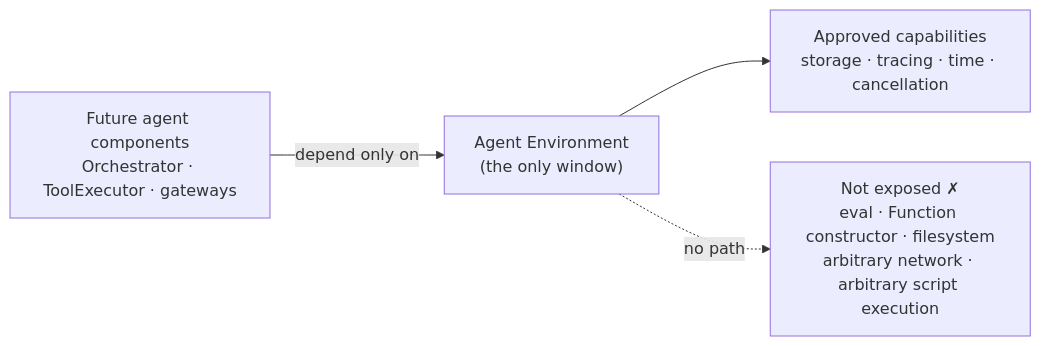
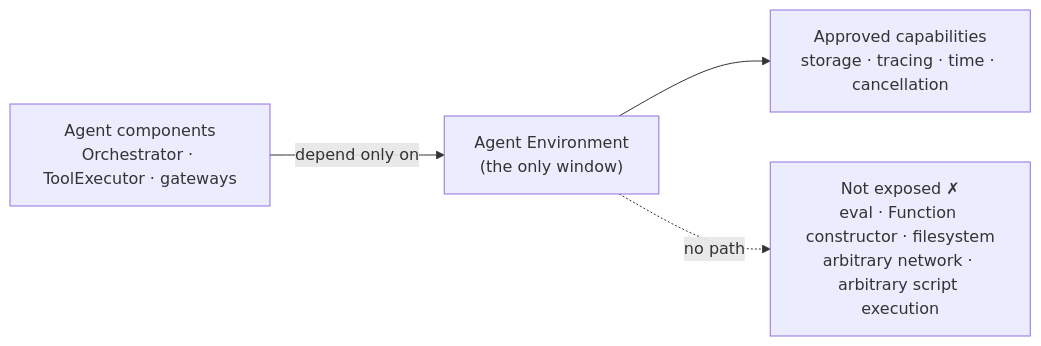
The third of 3 diagrams in docs/browser-agent/foundations/environment.md (lemoncloud-io/eureka-flow), drawn with Mermaid before and after one commit. The commit also changed other lines of this file and 80 other files, not shown here.

````diff
--- a/docs/browser-agent/foundations/environment.md
+++ b/docs/browser-agent/foundations/environment.md
@@ -138,11 +138,11 @@
 ```mermaid
 flowchart LR
-    FUTURE["Future agent components<br/>Orchestrator · ToolExecutor · gateways"]
+    FUTURE["Agent components<br/>Orchestrator · ToolExecutor · gateways"]
     ENV["Agent Environment<br/>(the only window)"]
     OK["Approved capabilities<br/>storage · tracing · time · cancellation"]
     NO["Not exposed ✗<br/>eval · Function constructor · filesystem<br/>arbitrary network · arbitrary script execution"]
 
     FUTURE -->|depend only on| ENV
     ENV --> OK
     ENV -.->|no path| NO
 ```
````
